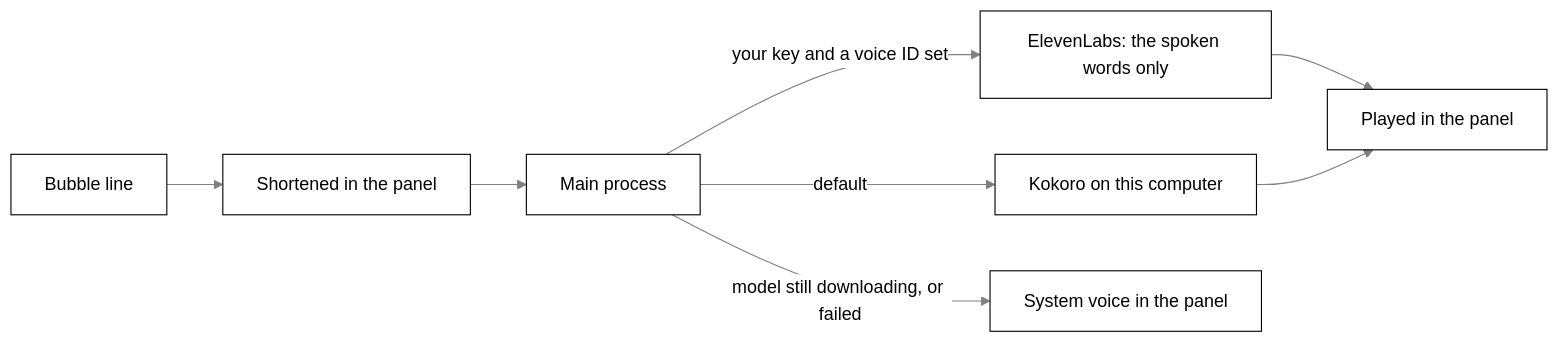
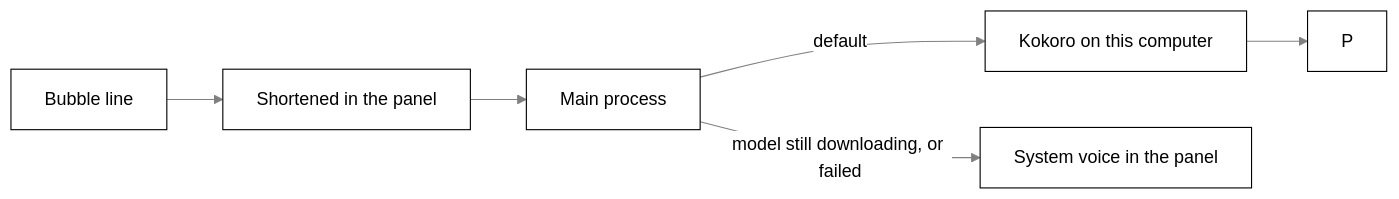
Before and after one commit to nadeem4/tagalong: the first of 2 diagrams in docs/privacy.md, drawn with Mermaid. The commit also changed other lines of this file and 49 other files, not shown here.

````diff
--- a/docs/privacy.md
+++ b/docs/privacy.md
@@ -240,11 +235,9 @@
 ```mermaid
 %%{init: {"theme": "base", "themeVariables": {"primaryColor": "#ffffff", "primaryTextColor": "#000000", "primaryBorderColor": "#000000", "lineColor": "#808080", "secondaryColor": "#f2f2f2", "tertiaryColor": "#ffffff", "clusterBkg": "#f7f7f7", "clusterBorder": "#808080", "edgeLabelBackground": "#ffffff", "titleColor": "#808080", "fontFamily": "Segoe UI, Helvetica, Arial, sans-serif"}}}%%
 flowchart LR
   B["Bubble line"] --> S["Shortened in the panel"]
   S --> M["Main process"]
-  M -->|"your key and a voice ID set"| E["ElevenLabs: the spoken words only"]
   M -->|"default"| K["Kokoro on this computer"]
   M -->|"model still downloading, or failed"| W["System voice in the panel"]
-  E --> P["Played in the panel"]
   K --> P
 ```
````
